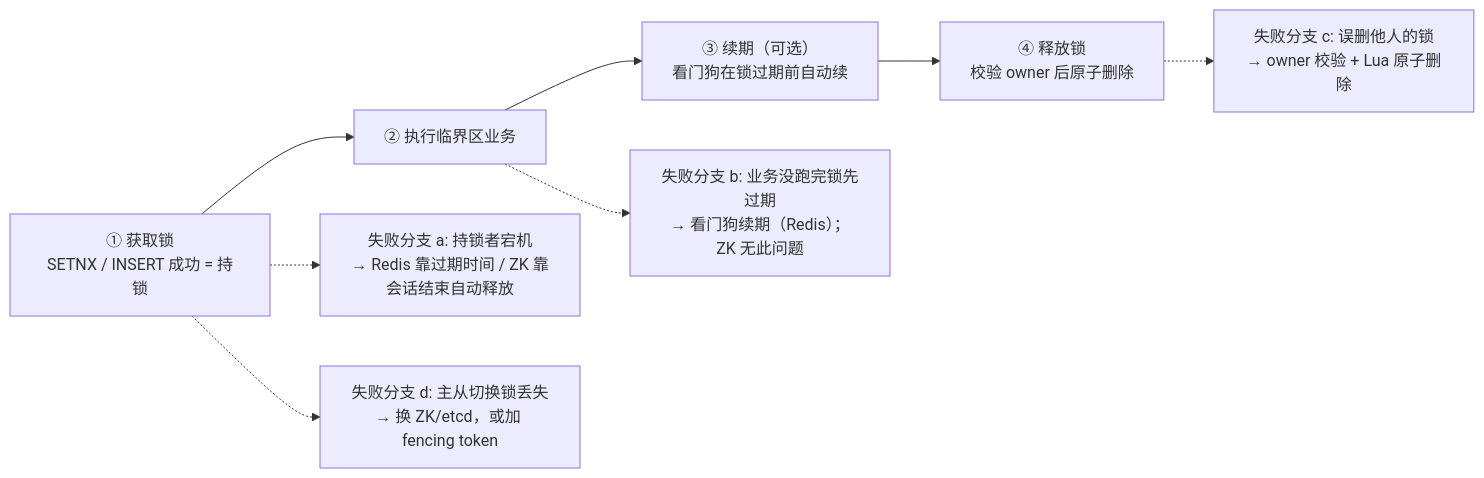
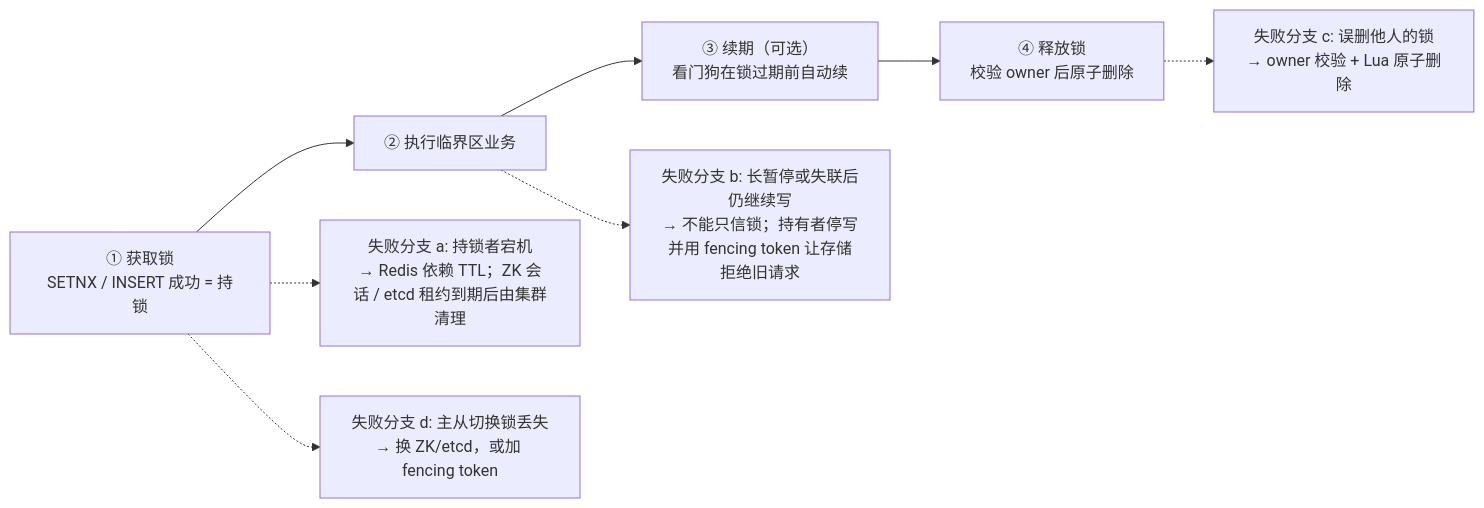
Before and after one commit to CrazyForks/java-full-stack: the eighth of 9 diagrams in docs/04-阶段四-微服务架构与分布式系统/03-分布式核心理论.md, drawn with Mermaid. The commit also changed other lines of this file and 58 other files, not shown here.

````diff
--- a/docs/04-阶段四-微服务架构与分布式系统/03-分布式核心理论.md
+++ b/docs/04-阶段四-微服务架构与分布式系统/03-分布式核心理论.md
@@ -447,10 +456,10 @@
 ```mermaid
 flowchart LR
     A["① 获取锁<br/>SETNX / INSERT 成功 = 持锁"] --> B["② 执行临界区业务"]
     B --> C["③ 续期（可选）<br/>看门狗在锁过期前自动续"]
     C --> D["④ 释放锁<br/>校验 owner 后原子删除"]
-    A -.-> F1["失败分支 a: 持锁者宕机<br/>→ Redis 靠过期时间 / ZK 靠会话结束自动释放"]
-    B -.-> F2["失败分支 b: 业务没跑完锁先过期<br/>→ 看门狗续期（Redis）；ZK 无此问题"]
+    A -.-> F1["失败分支 a: 持锁者宕机<br/>→ Redis 依赖 TTL；ZK 会话 / etcd 租约到期后由集群清理"]
+    B -.-> F2["失败分支 b: 长暂停或失联后仍继续写<br/>→ 不能只信锁；持有者停写并用 fencing token 让存储拒绝旧请求"]
     D -.-> F3["失败分支 c: 误删他人的锁<br/>→ owner 校验 + Lua 原子删除"]
     A -.-> F4["失败分支 d: 主从切换锁丢失<br/>→ 换 ZK/etcd，或加 fencing token"]
 ```
````
